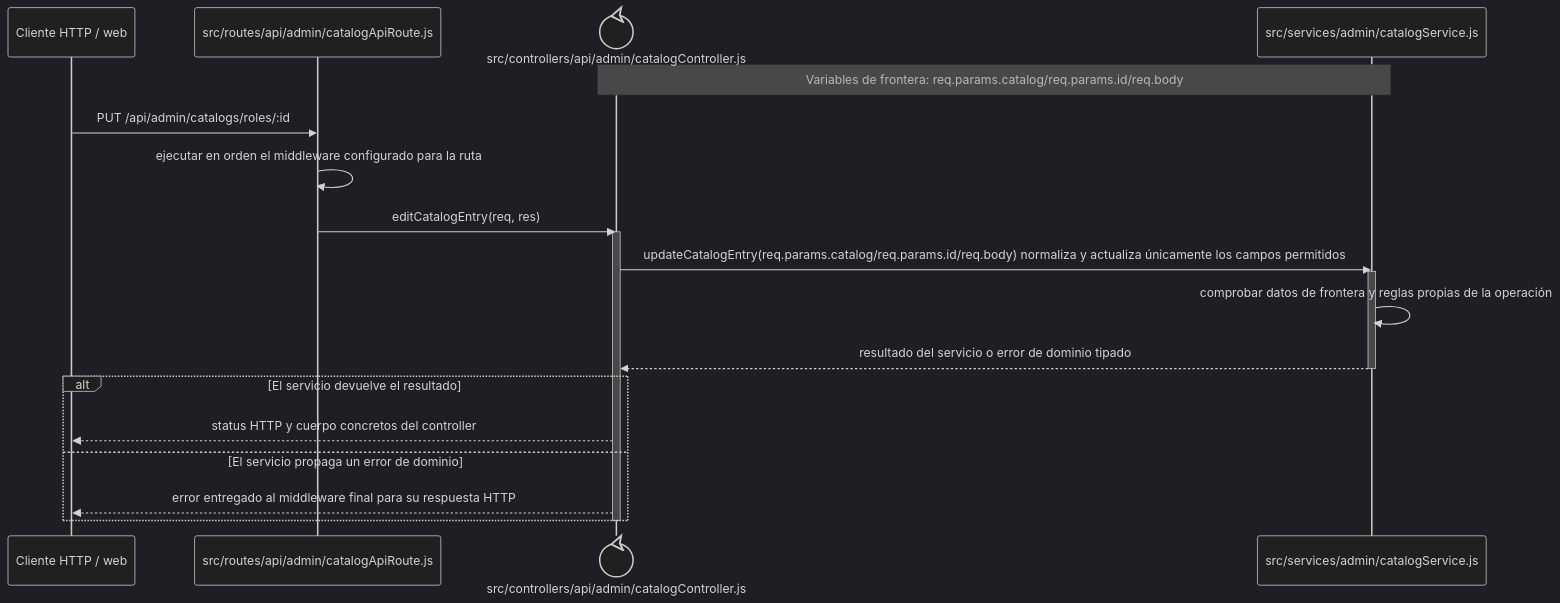
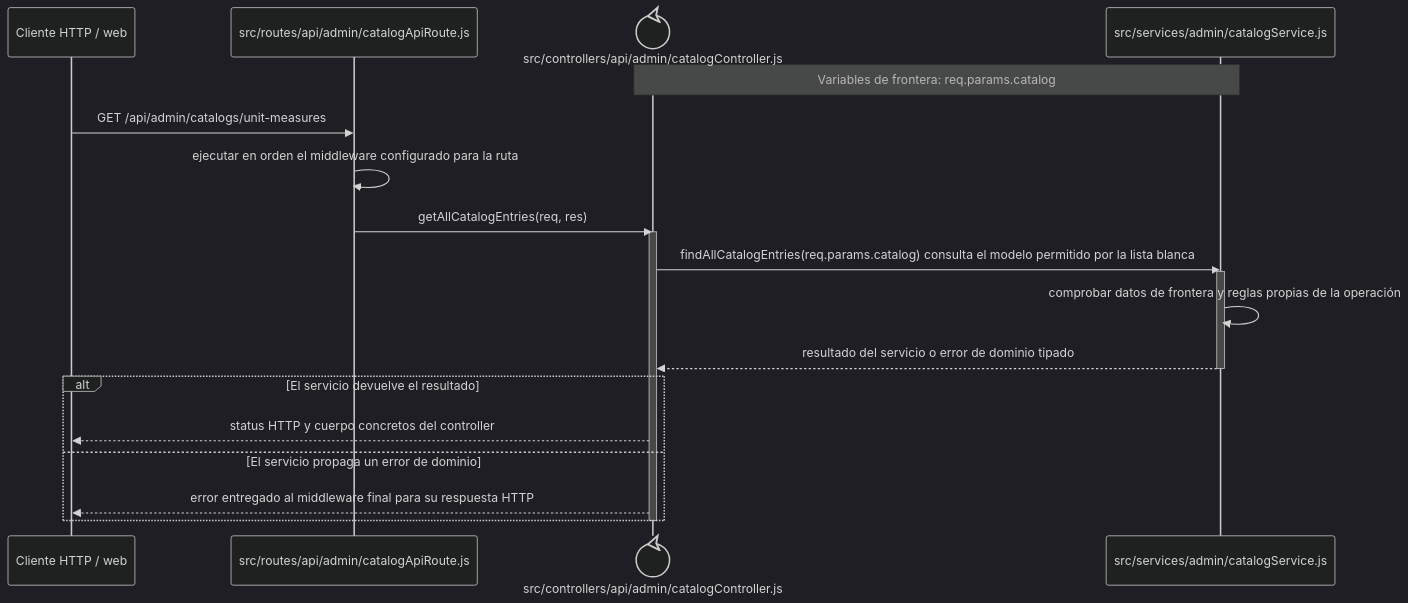
The diagram in docs/architecture/backend-code-sequences/catalogs/cu-cat-36.md (gpgsistemas01/nexus), drawn with Mermaid (dark theme) before and after one commit. The commit also changed other lines of this file and 126 other files, not shown here.

````diff
--- a/docs/architecture/backend-code-sequences/catalogs/cu-cat-36.md
+++ b/docs/architecture/backend-code-sequences/catalogs/cu-cat-36.md
@@ -6,24 +6,24 @@
 ```mermaid
 sequenceDiagram
     participant Client as Cliente HTTP / web
     participant Route as src/routes/api/admin/catalogApiRoute.js
     participant Controller@{ "type": "control" } as src/controllers/api/admin/catalogController.js
     participant Domain as src/services/admin/catalogService.js
-    Note over Controller,Domain: Variables de frontera: req.params.catalog/req.params.id/req.body
+    Note over Controller,Domain: Variables de frontera: req.params.catalog
 
-    Client->>Route: PUT /api/admin/catalogs/roles/:id
+    Client->>Route: GET /api/admin/catalogs/unit-measures
     Route->>Route: ejecutar en orden el middleware configurado para la ruta
-    Route->>Controller: editCatalogEntry(req, res)
+    Route->>Controller: getAllCatalogEntries(req, res)
     activate Controller
-    Controller->>Domain: updateCatalogEntry(req.params.catalog/req.params.id/req.body) normaliza y actualiza únicamente los campos permitidos
+    Controller->>Domain: findAllCatalogEntries(req.params.catalog) consulta el modelo permitido por la lista blanca
     activate Domain
     Domain->>Domain: comprobar datos de frontera y reglas propias de la operación
     Domain-->>Controller: resultado del servicio o error de dominio tipado
     deactivate Domain
     alt El servicio devuelve el resultado
         Controller-->>Client: status HTTP y cuerpo concretos del controller
     else El servicio propaga un error de dominio
         Controller-->>Client: error entregado al middleware final para su respuesta HTTP
     end
     deactivate Controller
 ```
````
